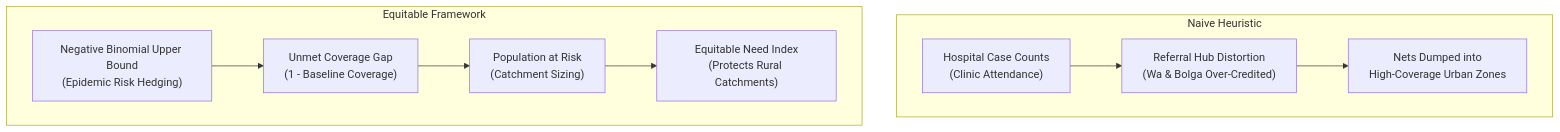
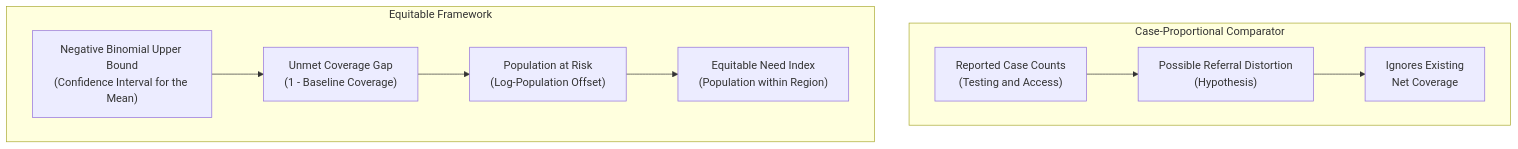
The diagram in reports/framing.md (ASU-MICS-2028/mle-group-3-prosit-1), drawn with Mermaid before and after one commit. The commit also changed other lines of this file and 6 other files, not shown here.

````diff
--- a/reports/framing.md
+++ b/reports/framing.md
@@ -47,13 +47,13 @@
 ```mermaid
 flowchart TD
-    subgraph Naive Heuristic
-        A["Hospital Case Counts\n(Clinic Attendance)"] --> B["Referral Hub Distortion\n(Wa & Bolga Over-Credited)"]
-        B --> C["Nets Dumped into\nHigh-Coverage Urban Zones"]
+    subgraph Case-Proportional Comparator
+        A["Reported Case Counts\n(Testing and Access)"] --> B["Possible Referral Distortion\n(Hypothesis)"]
+        B --> C["Ignores Existing\nNet Coverage"]
     end
 
     subgraph Equitable Framework
-        D["Negative Binomial Upper Bound\n(Epidemic Risk Hedging)"] --> E["Unmet Coverage Gap\n(1 - Baseline Coverage)"]
-        E --> F["Population at Risk\n(Catchment Sizing)"]
-        F --> G["Equitable Need Index\n(Protects Rural Catchments)"]
+        D["Negative Binomial Upper Bound\n(Confidence Interval for the Mean)"] --> E["Unmet Coverage Gap\n(1 - Baseline Coverage)"]
+        E --> F["Population at Risk\n(Log-Population Offset)"]
+        F --> G["Equitable Need Index\n(Population within Region)"]
     end
 ```
````
